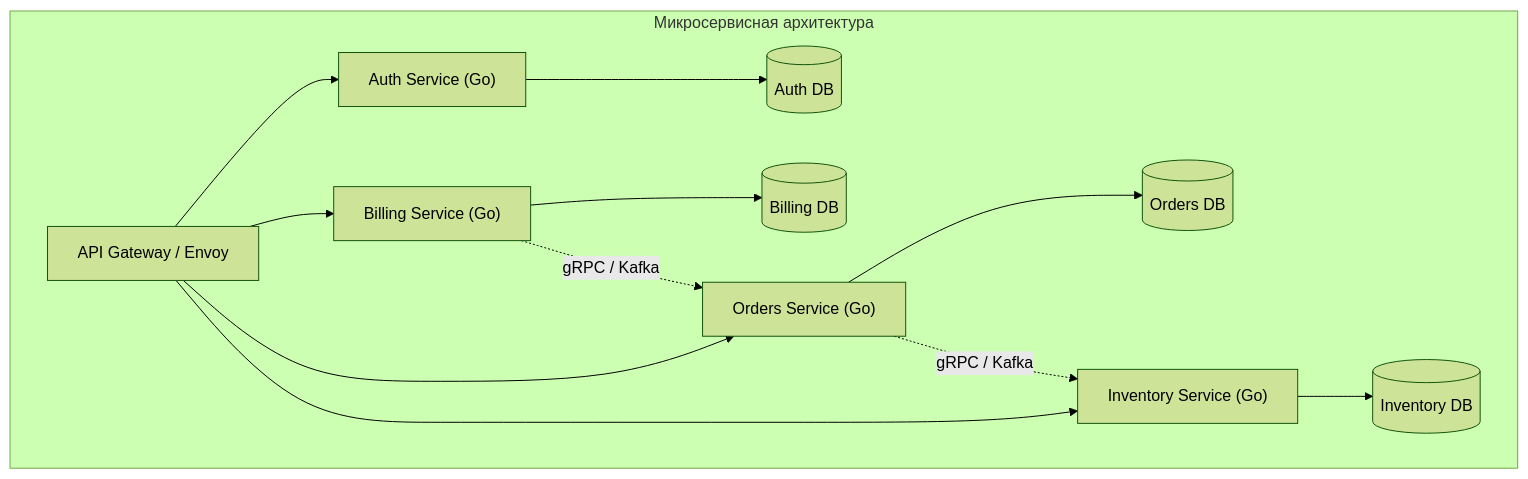
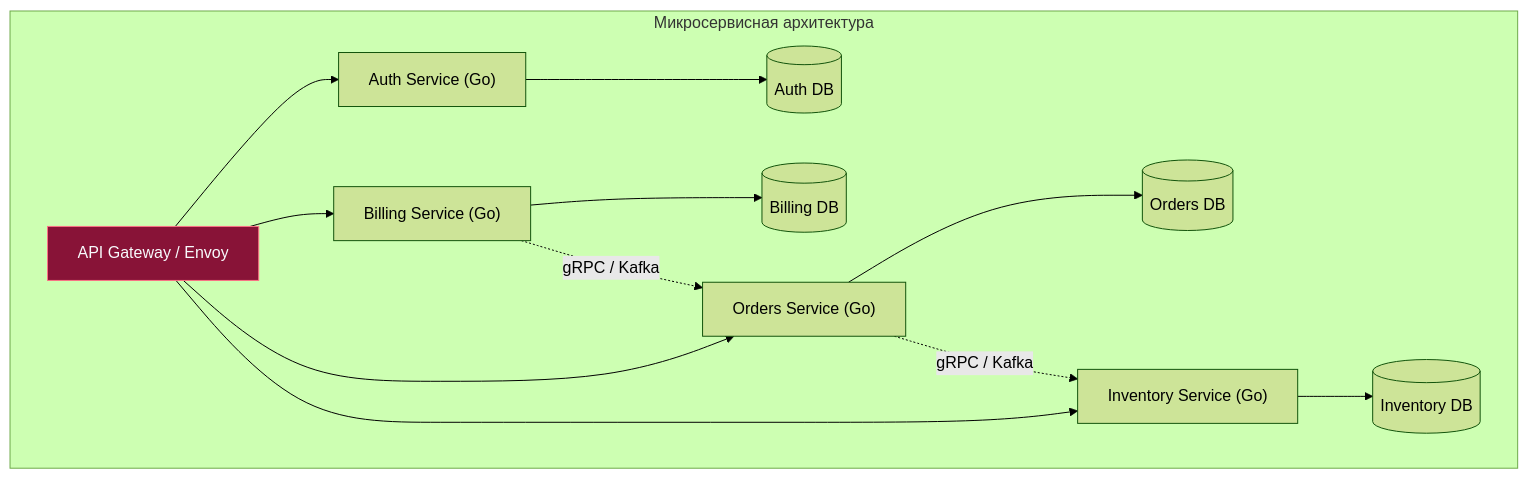
One commit to UnrealTemplier/go-textbook changed the second of 2 diagrams in sources/14. Распределенные системы на Go/04. Микросервисы/1. Что такое микросервис.md. Above: the diagram before and after it, drawn with Mermaid (forest theme). The commit also changed other lines of this file and 1666 other files, not shown here.

First line of the commit message:
feat(mermaid): add semantic color classDef to 1369 colorless flowchart/graph diagrams

````diff
--- a/sources/14. Распределенные системы на Go/04. Микросервисы/1. Что такое микросервис.md
+++ b/sources/14. Распределенные системы на Go/04. Микросервисы/1. Что такое микросервис.md
@@ -32,19 +42,29 @@
 ```mermaid
 flowchart TD
+    classDef process  fill:#1e293b,stroke:#38bdf8,stroke-width:1px,color:#f8fafc
+    classDef success  fill:#064e3b,stroke:#34d399,stroke-width:1px,color:#f8fafc
+    classDef error    fill:#7f1d1d,stroke:#f87171,stroke-width:1px,color:#f8fafc
+    classDef warning  fill:#78350f,stroke:#fbbf24,stroke-width:1px,color:#f8fafc
+    classDef entry    fill:#1e3a5f,stroke:#38bdf8,stroke-width:2px,color:#f8fafc
+    classDef aux      fill:#334155,stroke:#64748b,stroke-width:1px,color:#f8fafc
+    classDef system   fill:#312e81,stroke:#a78bfa,stroke-width:1px,color:#f8fafc
+    classDef data     fill:#132d29,stroke:#2dd4bf,stroke-width:1px,color:#f8fafc
+    classDef network  fill:#881337,stroke:#fb7185,stroke-width:1px,color:#f8fafc
+    classDef accent   fill:#1e1b4b,stroke:#818cf8,stroke-width:1px,color:#f8fafc
     subgraph MicroservicesApp ["Микросервисная архитектура"]
-        GW["API Gateway / Envoy"]
+        GW["API Gateway / Envoy"]:::network
         
         GW --> S1["Auth Service (Go)"]
         GW --> S2["Billing Service (Go)"]
         GW --> S3["Orders Service (Go)"]
         GW --> S4["Inventory Service (Go)"]
         
         S1 --> DB1[("Auth DB")]
         S2 --> DB2[("Billing DB")]
         S3 --> DB3[("Orders DB")]
         S4 --> DB4[("Inventory DB")]
         
         S2 -.->|"gRPC / Kafka"| S3
         S3 -.->|"gRPC / Kafka"| S4
     end
 ```
````
